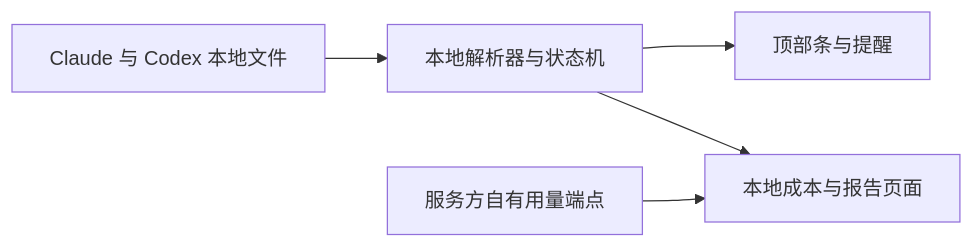
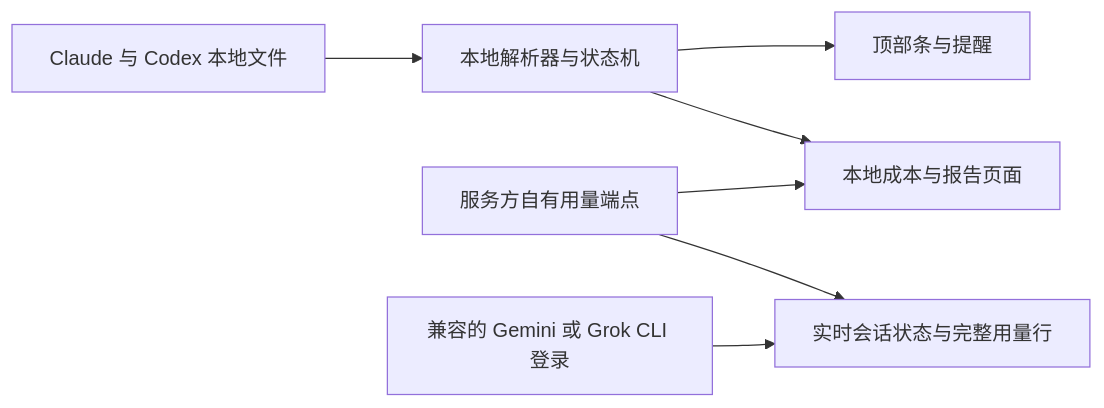
The diagram in README.zh-CN.md (sunmingyang/agent-island), drawn with Mermaid before and after one commit. The commit also changed other lines of this file and 119 other files, not shown here.

````diff
--- a/README.zh-CN.md
+++ b/README.zh-CN.md
@@ -204,7 +208,9 @@
 ```mermaid
 flowchart LR
     A[Claude 与 Codex 本地文件] --> B[本地解析器与状态机]
     B --> C[顶部条与提醒]
     B --> D[本地成本与报告页面]
     E[服务方自有用量端点] --> D
+    F[兼容的 Gemini 或 Grok CLI 登录] --> G[实时会话状态与完整用量行]
+    E --> G
 ```
````
